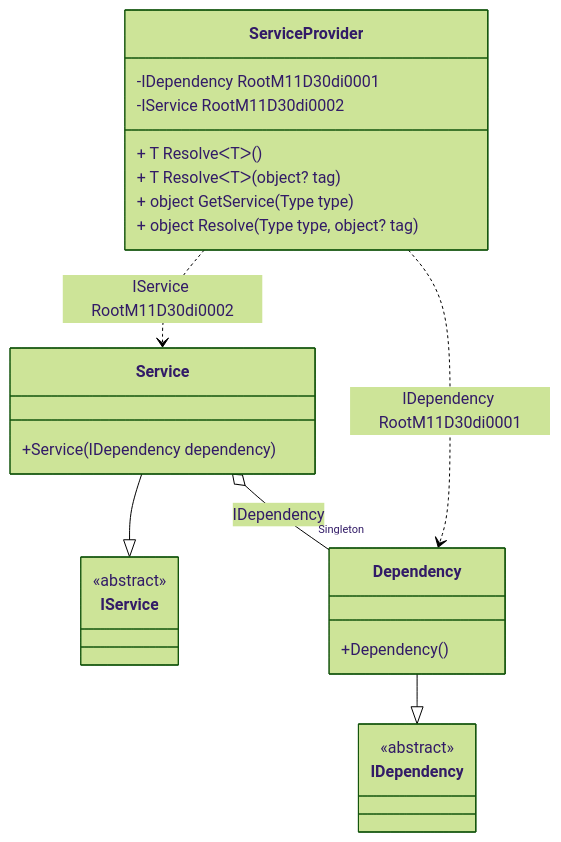
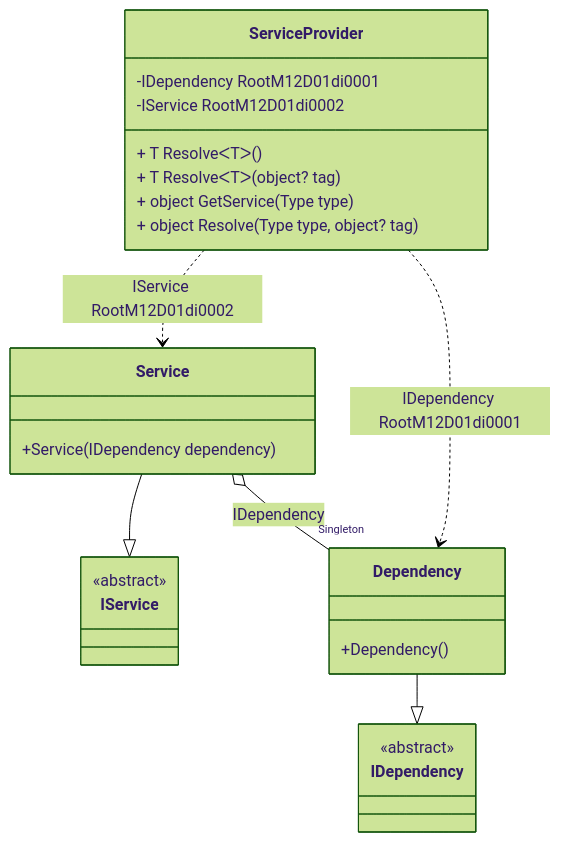
Before and after one commit to DevTeam/Pure.DI: the diagram in readme/service-provider.md, drawn with Mermaid (forest theme). The commit also changed other lines of this file and 72 other files, not shown here.

````diff
--- a/readme/service-provider.md
+++ b/readme/service-provider.md
@@ -49,28 +49,28 @@
 ```mermaid
 classDiagram
   class ServiceProvider {
-    -IDependency RootM11D30di0001
-    -IService RootM11D30di0002
+    -IDependency RootM12D01di0001
+    -IService RootM12D01di0002
     + T ResolveᐸTᐳ()
     + T ResolveᐸTᐳ(object? tag)
     + object GetService(Type type)
     + object Resolve(Type type, object? tag)
   }
   Service --|> IService : 
   class Service {
     +Service(IDependency dependency)
   }
   Dependency --|> IDependency : 
   class Dependency {
     +Dependency()
   }
   class IService {
     <<abstract>>
   }
   class IDependency {
     <<abstract>>
   }
   Service o--  "Singleton" Dependency : IDependency
-  ServiceProvider ..> Dependency : IDependency RootM11D30di0001
-  ServiceProvider ..> Service : IService RootM11D30di0002
+  ServiceProvider ..> Dependency : IDependency RootM12D01di0001
+  ServiceProvider ..> Service : IService RootM12D01di0002
 ```
````
